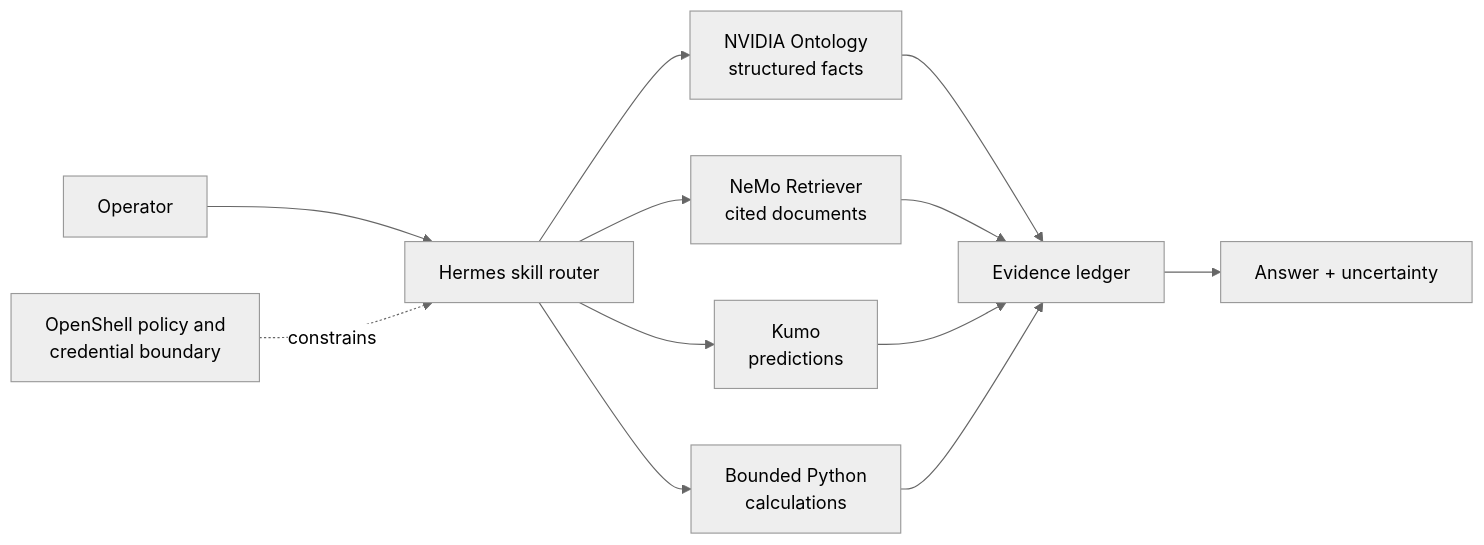
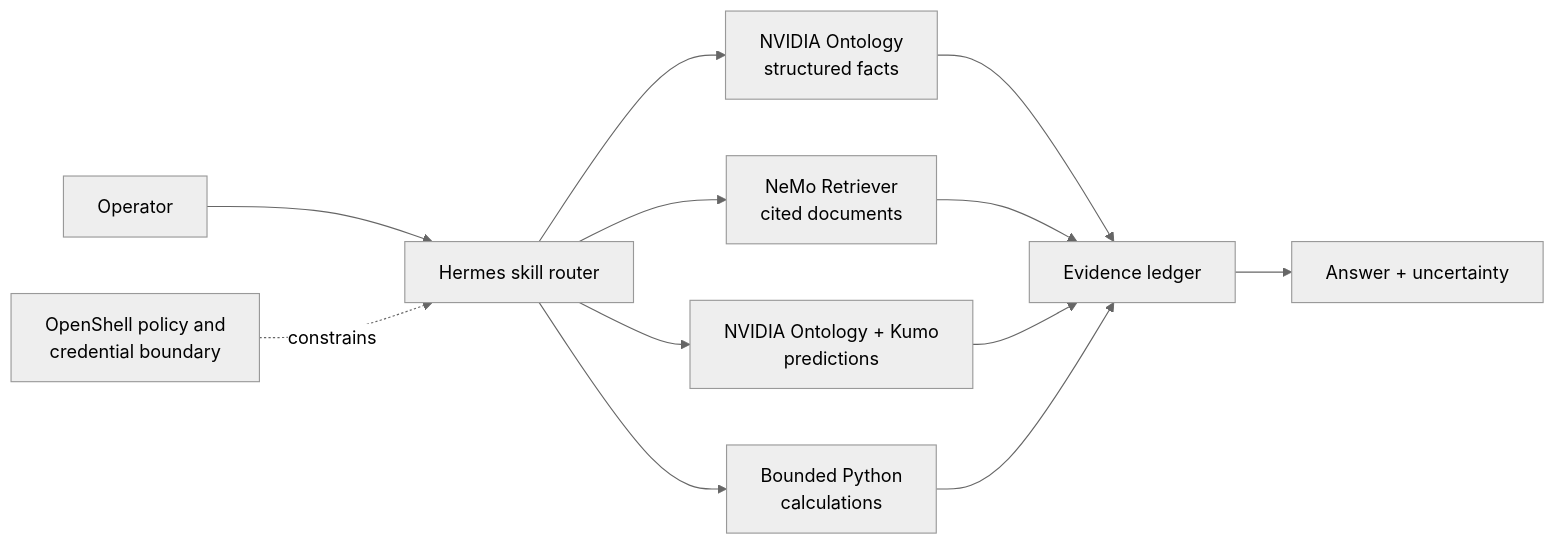
Before and after one commit to pastorsj/nemoclaw-community: the diagram in examples/recipes/nvidia/query-claw/README.md, drawn with Mermaid (neutral theme). The commit also changed other lines of this file and 31 other files, not shown here.

````diff
--- a/examples/recipes/nvidia/query-claw/README.md
+++ b/examples/recipes/nvidia/query-claw/README.md
@@ -84,14 +86,14 @@
 ```mermaid
 flowchart LR
     U[Operator] --> H[Hermes skill router]
     H --> O[NVIDIA Ontology\nstructured facts]
     H --> R[NeMo Retriever\ncited documents]
-    H --> K[Kumo\npredictions]
+    H --> K[NVIDIA Ontology + Kumo\npredictions]
     H --> P[Bounded Python\ncalculations]
     O --> E[Evidence ledger]
     R --> E
     K --> E
     P --> E
     E --> A[Answer + uncertainty]
     S[OpenShell policy and\ncredential boundary] -. constrains .-> H
 ```
````
